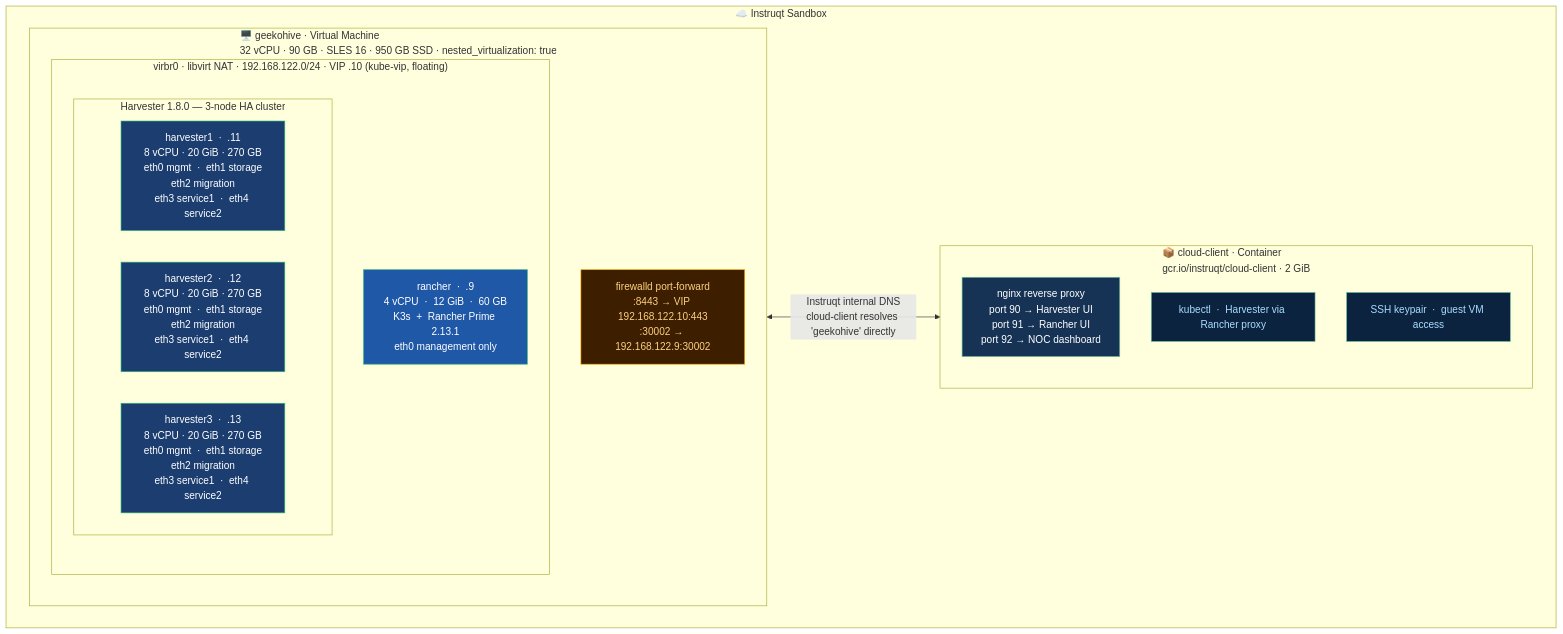
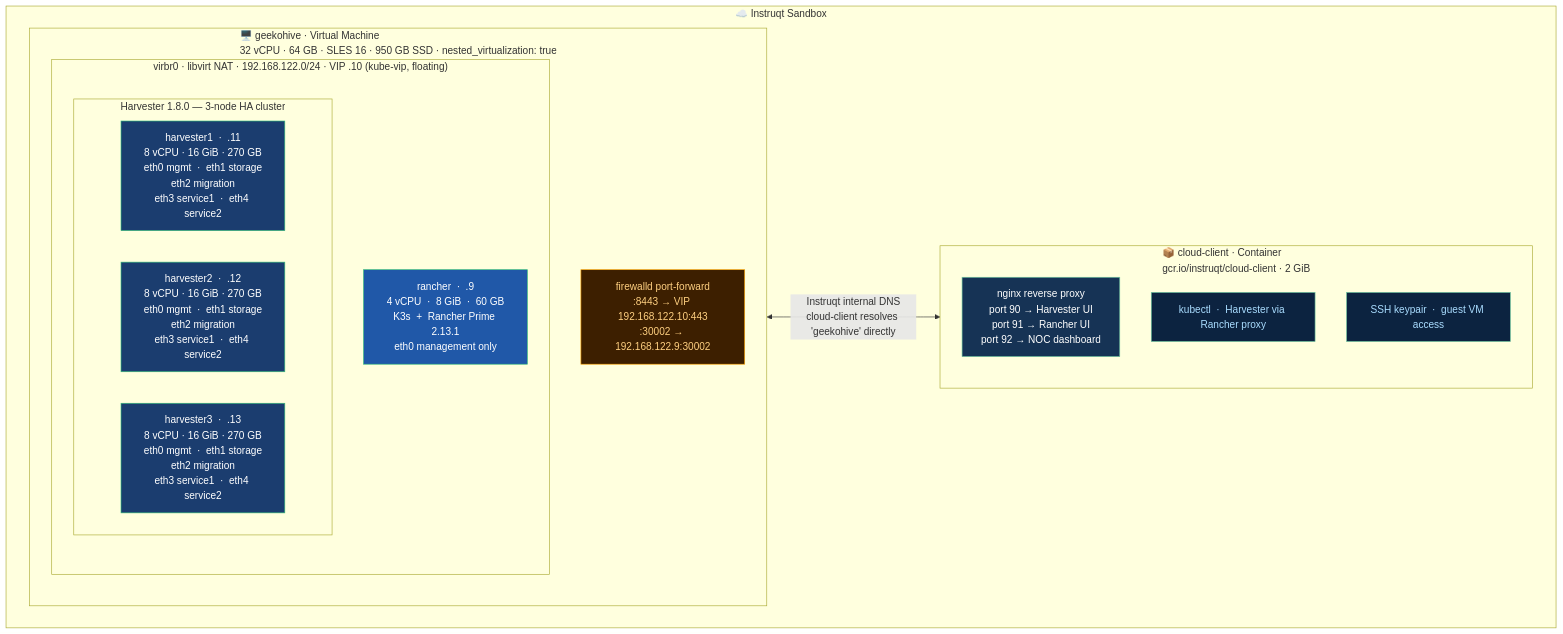
Before and after one commit to SUSE-Technical-Marketing/suse-virt-rodeo: the diagram in assets/diagrams/sandbox-layout.mmd, drawn with Mermaid. The commit also changed 21 other files, not shown here.

```diff
--- a/assets/diagrams/sandbox-layout.mmd
+++ b/assets/diagrams/sandbox-layout.mmd
@@ -1,41 +1,41 @@
 graph TB
     subgraph SANDBOX["☁️  Instruqt Sandbox"]
         direction LR
 
-        subgraph GH["🖥️  geekohive  ·  Virtual Machine\n32 vCPU · 90 GB · SLES 16 · 950 GB SSD · nested_virtualization: true"]
+        subgraph GH["🖥️  geekohive  ·  Virtual Machine\n32 vCPU · 64 GB · SLES 16 · 950 GB SSD · nested_virtualization: true"]
             direction TB
             DNAT["firewalld port-forward\n:8443 → VIP 192.168.122.10:443\n:30002 → 192.168.122.9:30002"]
 
             subgraph VIRBR["virbr0  ·  libvirt NAT  ·  192.168.122.0/24  ·  VIP .10 (kube-vip, floating)"]
                 direction TB
                 subgraph HVC["Harvester 1.8.0  —  3-node HA cluster"]
                     direction LR
-                    H1["harvester1  ·  .11\n8 vCPU · 20 GiB · 270 GB\neth0 mgmt  ·  eth1 storage\neth2 migration\neth3 service1  ·  eth4 service2"]
-                    H2["harvester2  ·  .12\n8 vCPU · 20 GiB · 270 GB\neth0 mgmt  ·  eth1 storage\neth2 migration\neth3 service1  ·  eth4 service2"]
-                    H3["harvester3  ·  .13\n8 vCPU · 20 GiB · 270 GB\neth0 mgmt  ·  eth1 storage\neth2 migration\neth3 service1  ·  eth4 service2"]
+                    H1["harvester1  ·  .11\n8 vCPU · 16 GiB · 270 GB\neth0 mgmt  ·  eth1 storage\neth2 migration\neth3 service1  ·  eth4 service2"]
+                    H2["harvester2  ·  .12\n8 vCPU · 16 GiB · 270 GB\neth0 mgmt  ·  eth1 storage\neth2 migration\neth3 service1  ·  eth4 service2"]
+                    H3["harvester3  ·  .13\n8 vCPU · 16 GiB · 270 GB\neth0 mgmt  ·  eth1 storage\neth2 migration\neth3 service1  ·  eth4 service2"]
                 end
-                RN["rancher  ·  .9\n4 vCPU  ·  12 GiB  ·  60 GB\nK3s  +  Rancher Prime 2.13.1\neth0 management only"]
+                RN["rancher  ·  .9\n4 vCPU  ·  8 GiB  ·  60 GB\nK3s  +  Rancher Prime 2.13.1\neth0 management only"]
             end
         end
 
         subgraph CC["📦  cloud-client  ·  Container\ngcr.io/instruqt/cloud-client  ·  2 GiB"]
             direction TB
             NGX["nginx reverse proxy\nport 90  →  Harvester UI\nport 91  →  Rancher UI\nport 92  →  NOC dashboard"]
             KCT["kubectl  ·  Harvester via Rancher proxy"]
             SSH_KEY["SSH keypair  ·  guest VM access"]
         end
     end
 
     GH <-->|"Instruqt internal DNS\ncloud-client resolves 'geekohive' directly"| CC
 
     classDef harvester fill:#1B3D6F,stroke:#30BA78,color:#fff
     classDef rancher   fill:#2058A8,stroke:#30BA78,color:#fff
     classDef nginx     fill:#163355,stroke:#6EC6A0,color:#fff
     classDef dnat      fill:#3D1F00,stroke:#FFA500,color:#FFD080
     classDef util      fill:#0C2340,stroke:#6EC6A0,color:#adf
 
     class H1,H2,H3 harvester
     class RN rancher
     class NGX nginx
     class DNAT dnat
     class KCT,SSH_KEY util
```
